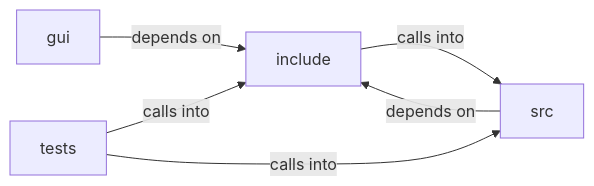
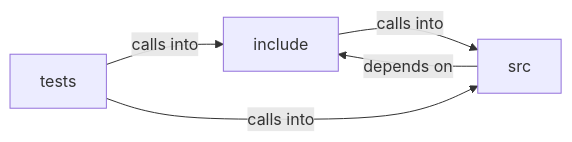
Before and after one commit to grisuno/FreeDom: the diagram in readmenator-diagrams/include_svg_render.md, drawn with Mermaid. The commit also changed other lines of this file and 221 other files, not shown here.

````diff
--- a/readmenator-diagrams/include_svg_render.md
+++ b/readmenator-diagrams/include_svg_render.md
@@ -5,12 +5,10 @@
 ```mermaid
 graph LR
-    gui["gui"]
     include["include"]
     src["src"]
     tests["tests"]
-    gui -- "depends on" --> include
     include -- "calls into" --> src
     src -- "depends on" --> include
     tests -- "calls into" --> include
     tests -- "calls into" --> src
 ```
````
